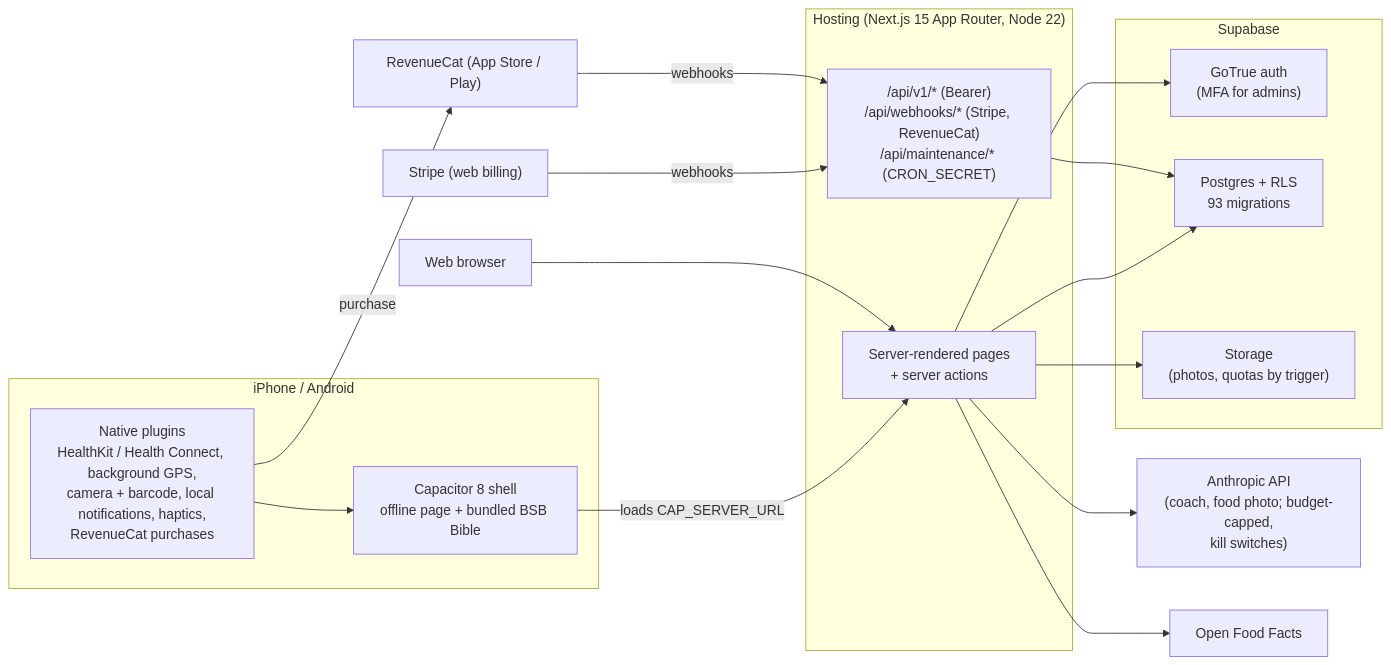
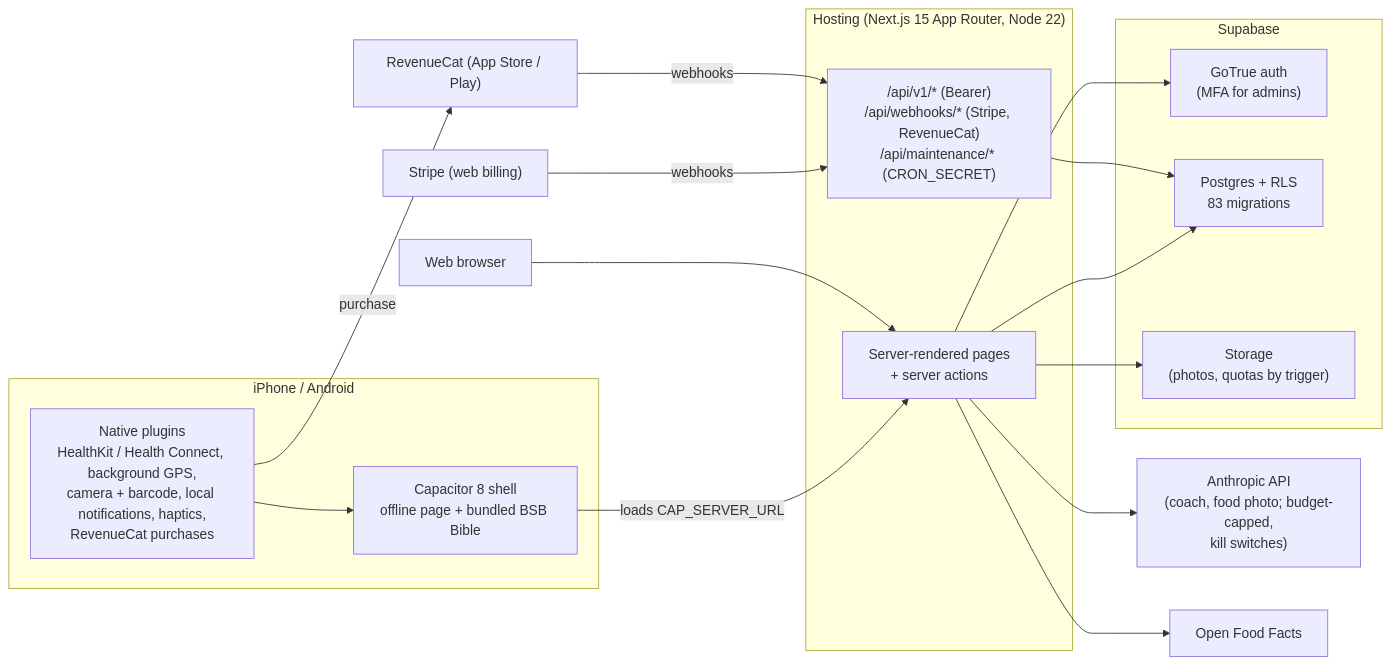
The diagram in docs/production-consolidation/EXTERNAL_DEVELOPER_SCOPE.md (Joshfit77/Testing-testing-testing), drawn with Mermaid before and after one commit. The commit also changed 5 other files, not shown here.

````diff
--- a/docs/production-consolidation/EXTERNAL_DEVELOPER_SCOPE.md
+++ b/docs/production-consolidation/EXTERNAL_DEVELOPER_SCOPE.md
@@ -8,33 +8,33 @@
 ```mermaid
 flowchart LR
   subgraph Device["iPhone / Android"]
     Shell["Capacitor 8 shell<br/>offline page + bundled BSB Bible"]
     Plugins["Native plugins<br/>HealthKit / Health Connect, background GPS,<br/>camera + barcode, local notifications, haptics,<br/>RevenueCat purchases"]
   end
   Browser["Web browser"]
   subgraph Host["Hosting (Next.js 15 App Router, Node 22)"]
     Pages["Server-rendered pages<br/>+ server actions"]
     API["/api/v1/* (Bearer)<br/>/api/webhooks/* (Stripe, RevenueCat)<br/>/api/maintenance/* (CRON_SECRET)"]
   end
   subgraph Supabase["Supabase"]
     Auth["GoTrue auth<br/>(MFA for admins)"]
-    DB["Postgres + RLS<br/>93 migrations"]
+    DB["Postgres + RLS<br/>83 migrations"]
     Storage["Storage<br/>(photos, quotas by trigger)"]
   end
   Anthropic["Anthropic API<br/>(coach, food photo; budget-capped,<br/>kill switches)"]
   OFF["Open Food Facts"]
   Stripe["Stripe (web billing)"]
   RC["RevenueCat (App Store / Play)"]
   Shell -->|loads CAP_SERVER_URL| Pages
   Browser --> Pages
   Plugins --> Shell
   Pages --> Auth
   Pages --> DB
   Pages --> Storage
   API --> DB
   Pages --> Anthropic
   Pages --> OFF
   Stripe -->|webhooks| API
   RC -->|webhooks| API
   Plugins -->|purchase| RC
 ```
````
